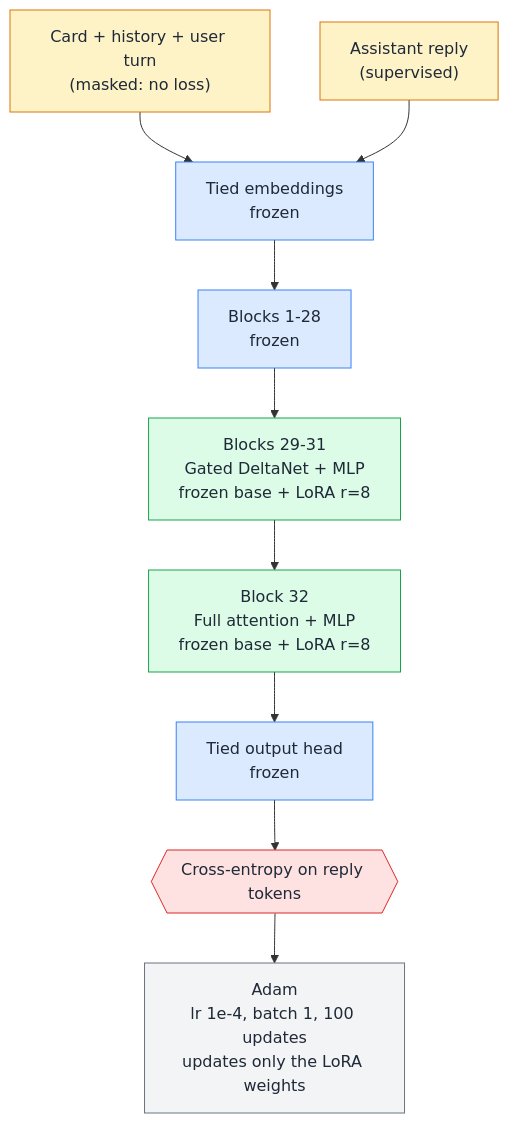
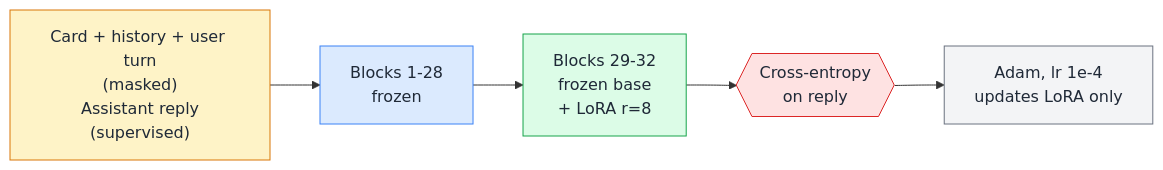
One commit to ej-sanmartin/Qwen-Storythread changed the second of 3 diagrams in README.md. Above: the diagram before and after it, drawn with Mermaid.

Commit message:
docs: compact training-update diagram

````diff
--- a/README.md
+++ b/README.md
@@ -35,23 +35,15 @@
 ```mermaid
-flowchart TB
+flowchart LR
   classDef data fill:#fef3c7,stroke:#d97706,color:#1f2937
   classDef frozen fill:#dbeafe,stroke:#3b82f6,color:#1f2937
   classDef train fill:#dcfce7,stroke:#16a34a,color:#1f2937
   classDef step fill:#f3f4f6,stroke:#6b7280,color:#1f2937
   classDef loss fill:#fee2e2,stroke:#dc2626,color:#1f2937
 
-  prompt["Card + history + user turn<br/>(masked: no loss)"]:::data
-  reply["Assistant reply<br/>(supervised)"]:::data
-  prompt --> emb
-  reply --> emb
-
-  emb["Tied embeddings<br/>frozen"]:::frozen
+  data["Card + history + user turn<br/>(masked)<br/>Assistant reply<br/>(supervised)"]:::data
   low["Blocks 1-28<br/>frozen"]:::frozen
-  mid["Blocks 29-31<br/>Gated DeltaNet + MLP<br/>frozen base + LoRA r=8"]:::train
-  top["Block 32<br/>Full attention + MLP<br/>frozen base + LoRA r=8"]:::train
-  head["Tied output head<br/>frozen"]:::frozen
-  emb --> low --> mid --> top --> head
-
-  head --> loss{{"Cross-entropy on reply tokens"}}:::loss
-  loss --> adam["Adam<br/>lr 1e-4, batch 1, 100 updates<br/>updates only the LoRA weights"]:::step
+  top["Blocks 29-32<br/>frozen base<br/>+ LoRA r=8"]:::train
+  loss{{"Cross-entropy<br/>on reply"}}:::loss
+  adam["Adam, lr 1e-4<br/>updates LoRA only"]:::step
+  data --> low --> top --> loss --> adam
 ```
````
